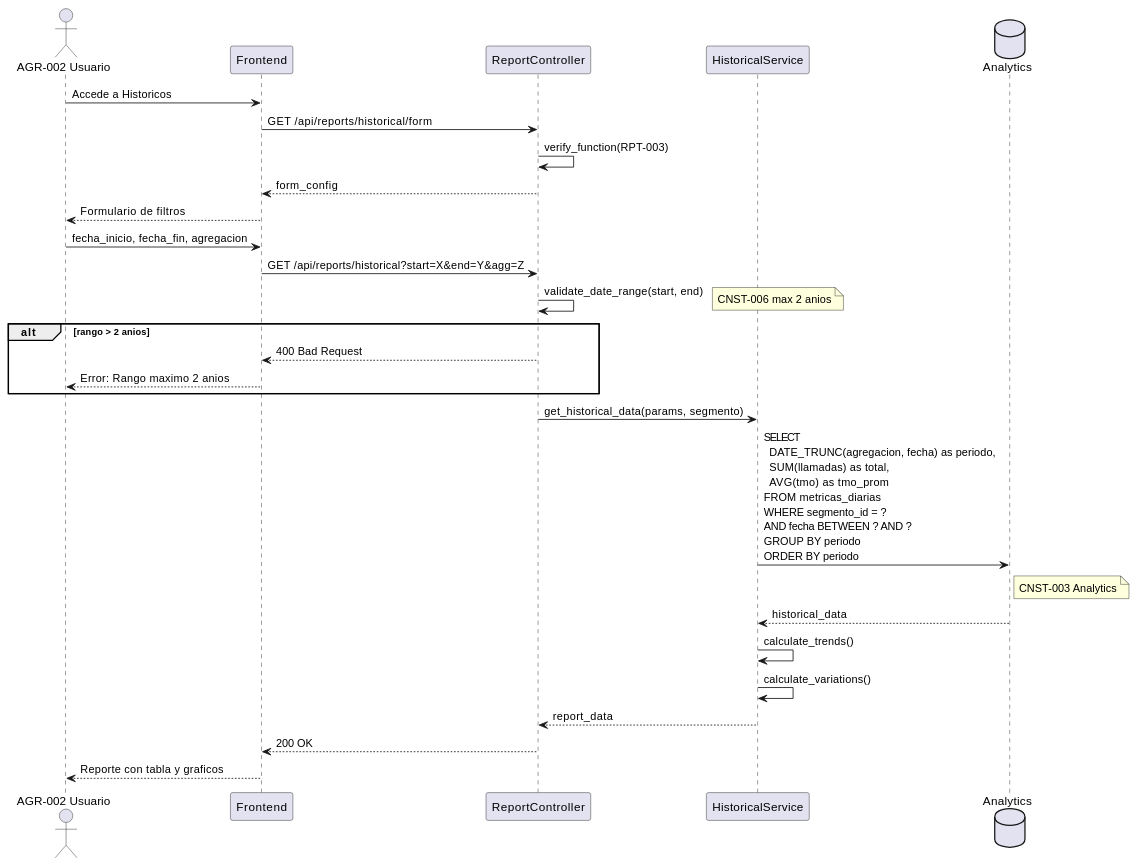
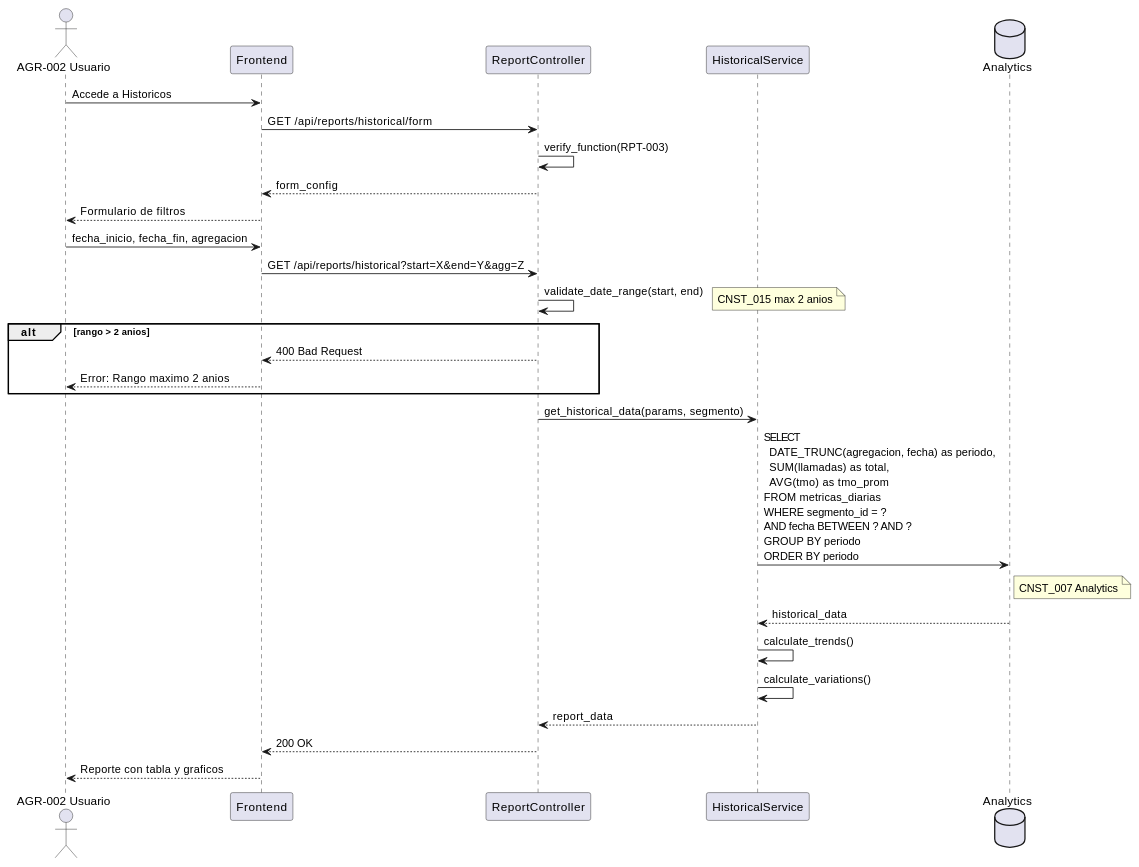
One commit to jcg-admin/IACT-docs changed the second of 3 diagrams in source/requisitos/casos_uso/reports/UC_RPT_03_Ver_Reportes_Historicos.rst. Above: the diagram before and after it, drawn with PlantUML. The commit also changed other lines of this file and 67 other files, not shown here.

```diff
--- a/source/requisitos/casos_uso/reports/UC_RPT_03_Ver_Reportes_Historicos.rst
+++ b/source/requisitos/casos_uso/reports/UC_RPT_03_Ver_Reportes_Historicos.rst
@@ -161,40 +161,40 @@
 .. uml::
    :caption: Diagrama de Secuencia - UC_RPT_03
 
    @startuml
    actor "AGR-002 Usuario" as U
    participant "Frontend" as FE
    participant "ReportController" as RC
    participant "HistoricalService" as HS
    database "Analytics" as DB
 
    U -> FE: Accede a Historicos
    FE -> RC: GET /api/reports/historical/form
    RC -> RC: verify_function(RPT-003)
    RC --> FE: form_config
    FE --> U: Formulario de filtros
 
    U -> FE: fecha_inicio, fecha_fin, agregacion
    FE -> RC: GET /api/reports/historical?start=X&end=Y&agg=Z
 
    RC -> RC: validate_date_range(start, end)
-   note right: CNST-006 max 2 anios
+   note right: CNST_015 max 2 anios
 
    alt rango > 2 anios
      RC --> FE: 400 Bad Request
      FE --> U: Error: Rango maximo 2 anios
    end
 
    RC -> HS: get_historical_data(params, segmento)
 
    HS -> DB: SELECT\n  DATE_TRUNC(agregacion, fecha) as periodo,\n  SUM(llamadas) as total,\n  AVG(tmo) as tmo_prom\nFROM metricas_diarias\nWHERE segmento_id = ?\nAND fecha BETWEEN ? AND ?\nGROUP BY periodo\nORDER BY periodo
-   note right of DB: CNST-003 Analytics
+   note right of DB: CNST_007 Analytics
    DB --> HS: historical_data
 
    HS -> HS: calculate_trends()
    HS -> HS: calculate_variations()
 
    HS --> RC: report_data
    RC --> FE: 200 OK
    FE --> U: Reporte con tabla y graficos
    @enduml
```
